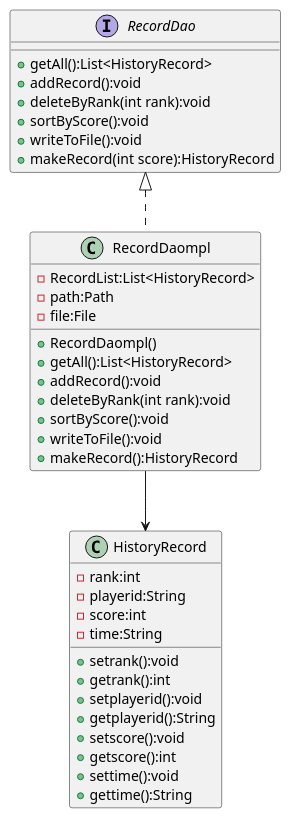
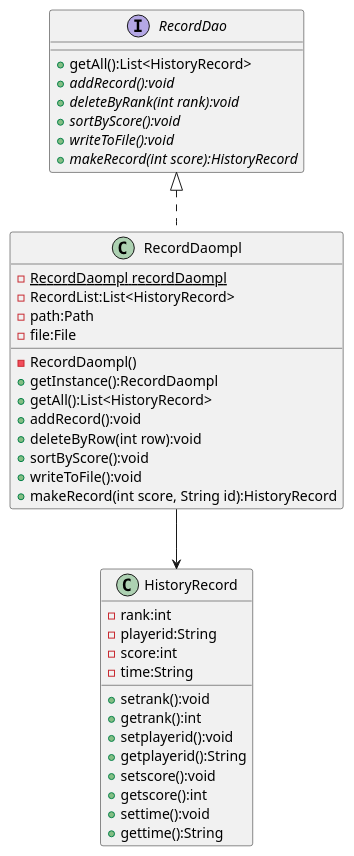
The diagram in uml/DataAccessObjectPattern.puml (Lokshaw-Chau/AircraftWar), drawn with PlantUML before and after one commit. The commit also changed 23 other files, not shown here.

```diff
--- a/uml/DataAccessObjectPattern.puml
+++ b/uml/DataAccessObjectPattern.puml
@@ -1,44 +1,46 @@
 @startuml
 'https://plantuml.com/class-diagram
 
 interface RecordDao{
     + getAll():List<HistoryRecord>
-    + addRecord():void
-    + deleteByRank(int rank):void
-    + sortByScore():void
-    + writeToFile():void
-    + makeRecord(int score):HistoryRecord
+    +{abstract} addRecord():void
+    +{abstract} deleteByRank(int rank):void
+    +{abstract} sortByScore():void
+    +{abstract} writeToFile():void
+    +{abstract} makeRecord(int score):HistoryRecord
 }
 
 class RecordDaompl{
+    -{static}RecordDaompl recordDaompl
     - RecordList:List<HistoryRecord>
     - path:Path
     - file:File
-    + RecordDaompl()
+    - RecordDaompl()
+    + getInstance():RecordDaompl
     + getAll():List<HistoryRecord>
     + addRecord():void
-    + deleteByRank(int rank):void
+    + deleteByRow(int row):void
     + sortByScore():void
     + writeToFile():void
-    + makeRecord():HistoryRecord
+    + makeRecord(int score, String id):HistoryRecord
 
 }
 
 RecordDao <|.. RecordDaompl
 RecordDaompl --> HistoryRecord
 class HistoryRecord{
     - rank:int
     - playerid:String
     - score:int
     - time:String
     + setrank():void
     + getrank():int
     + setplayerid():void
     + getplayerid():String
     + setscore():void
     + getscore():int
     + settime():void
     + gettime():String
 }
 
 @enduml
```
